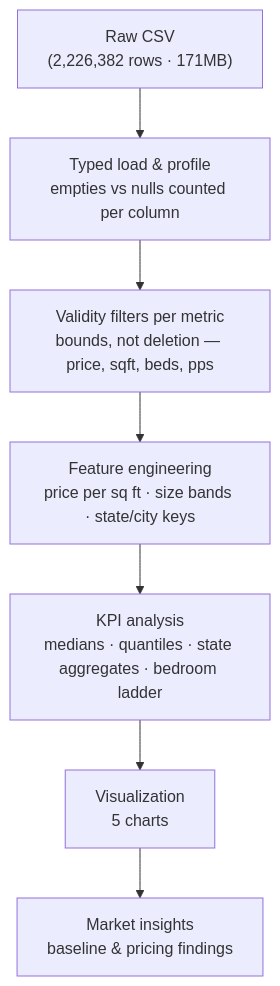
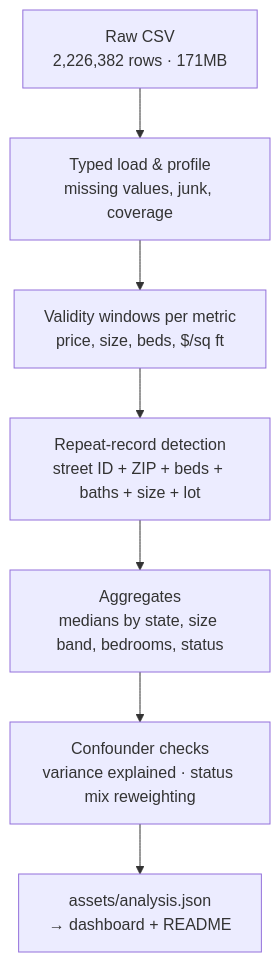
One commit to 4MaxR/USA-Real-Estate-Dataset changed the diagram in README.md. Above: the diagram before and after it, drawn with Mermaid. The commit also changed other lines of this file and 9 other files, not shown here.

````diff
--- a/README.md
+++ b/README.md
@@ -112,9 +139,9 @@
 ```mermaid
 flowchart TD
-    A["Raw CSV<br/>(2,226,382 rows · 171MB)"] --> B["Typed load & profile<br/>empties vs nulls counted per column"]
-    B --> C["Validity filters per metric<br/>bounds, not deletion — price, sqft, beds, pps"]
-    C --> D["Feature engineering<br/>price per sq ft · size bands · state/city keys"]
-    D --> E["KPI analysis<br/>medians · quantiles · state aggregates · bedroom ladder"]
-    E --> F["Visualization<br/>5 charts"]
-    F --> G["Market insights<br/>baseline & pricing findings"]
+    A["Raw CSV<br/>2,226,382 rows · 171MB"] --> B["Typed load & profile<br/>missing values, junk, coverage"]
+    B --> C["Validity windows per metric<br/>price, size, beds, $/sq ft"]
+    C --> D["Repeat-record detection<br/>street ID + ZIP + beds + baths + size + lot"]
+    D --> E["Aggregates<br/>medians by state, size band, bedrooms, status"]
+    E --> F["Confounder checks<br/>variance explained · status mix reweighting"]
+    F --> G["assets/analysis.json<br/>→ dashboard + README"]
 ```
````
